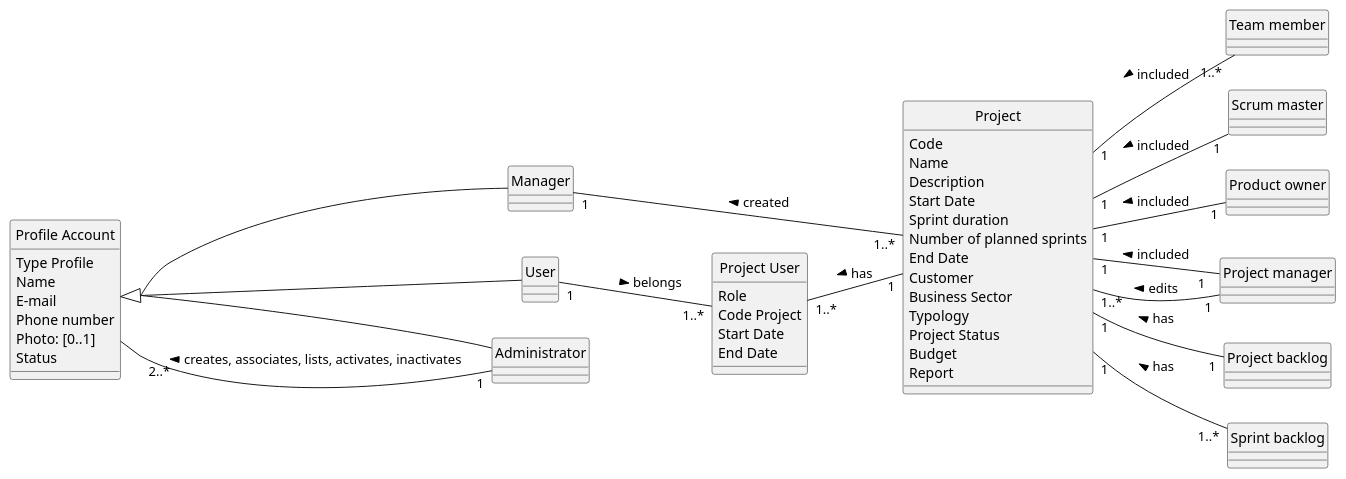
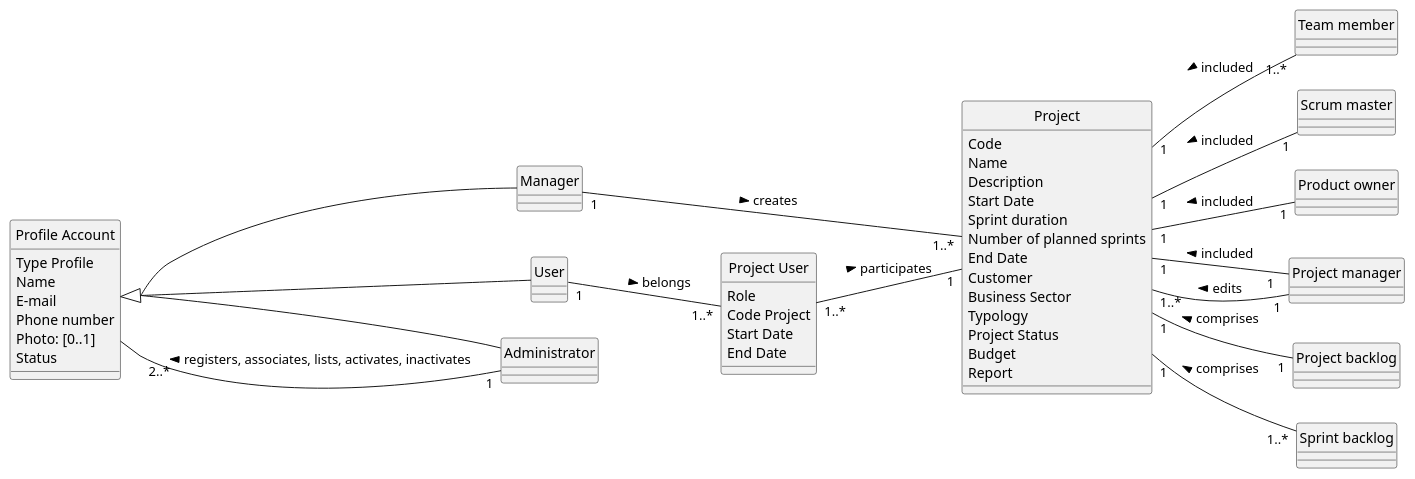
One commit to ivo-menezes/project_g3 changed the diagram in docs/modelling_design/domain_model_diagram/domain_model_diagram.puml. Above: the diagram before and after it, drawn with PlantUML. The commit also changed 2 other files, not shown here.

Commit message:
Domain model, US002_RegisterUserDMD & Glossary: Analysis: Updates

```diff
--- a/docs/modelling_design/domain_model_diagram/domain_model_diagram.puml
+++ b/docs/modelling_design/domain_model_diagram/domain_model_diagram.puml
@@ -1,54 +1,54 @@
 @startuml
 skinparam style strictuml
 left to right direction
 skinparam groupInheritance 3
 
  class "Profile Account" as Profile {
    Type Profile
    Name
    E-mail
    Phone number
    Photo: [0..1]
    'the [0..1] in Photo indicates an optional value, see Craig 2004, p.121
    Status
  }
 
   class "Project User" {
   Role
   Code Project
   Start Date
   End Date
   }
 
  class Project{
  Code
  Name
  Description
  Start Date
  Sprint duration
  Number of planned sprints
  End Date
  Customer
  Business Sector
  Typology
  Project Status
  Budget
  Report
 }
 
 Profile <|-- Manager
 Profile <|-- User
 Profile <|-- Administrator
 
-Administrator "1" -- "2..*" Profile: creates, associates, lists, activates, inactivates >
-Manager "1"--- "1..*" Project: created <
+Administrator "1" -- "2..*" Profile: registers, associates, lists, activates, inactivates >
+Manager "1"--- "1..*" Project: creates >
 User "1" -- "1..*" "Project User": belongs >
-"Project User" "1..*" -- "1" Project : has <
+"Project User" "1..*" -- "1" Project : participates >
 Project "1" -- "1..*" "Team member": included <
 Project "1" -- "1" "Scrum master": included <
 Project "1" -- "1" "Product owner": included <
 Project "1" -- "1  " "Project manager": included <
-Project "1" -- "1" "Project backlog": has <
-Project "1" -- "1..*" "Sprint backlog": has <
+Project "1" -- "1" "Project backlog": comprises <
+Project "1" -- "1..*" "Sprint backlog": comprises <
 "Project manager" "1" -- "1..*" Project: edits >
 @enduml
```
